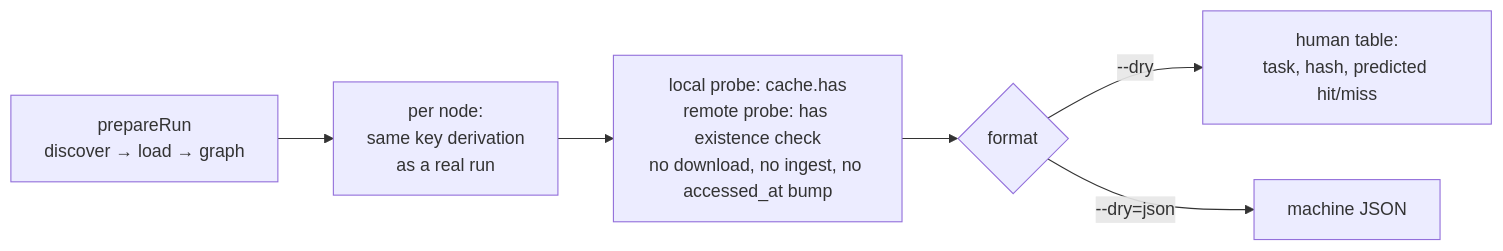
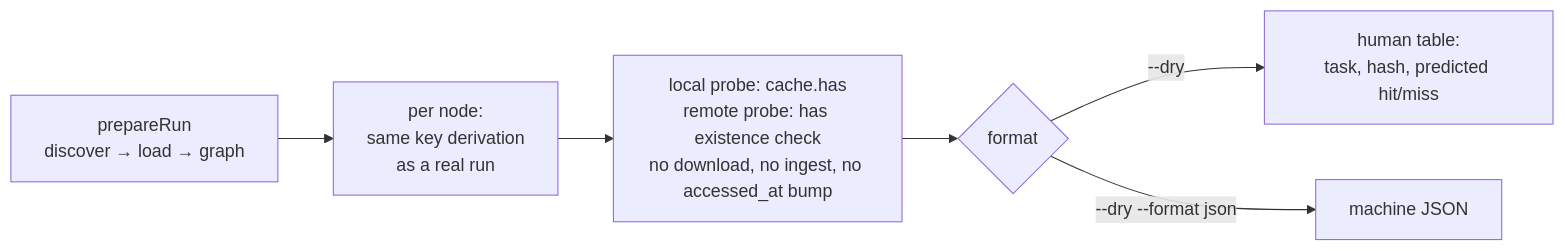
One commit to vznjs/vx changed the tenth of 10 diagrams in packages/vx/docs/flows.md. Above: the diagram before and after it, drawn with Mermaid. The commit also changed 95 other files, not shown here.

First line of the commit message:
feat(cli)!: plan as JSON with vx run --dry --format json

````diff
--- a/packages/vx/docs/flows.md
+++ b/packages/vx/docs/flows.md
@@ -307,8 +307,8 @@
 ```mermaid
 flowchart LR
     A[prepareRun<br/>discover → load → graph] --> B[per node:<br/>same key derivation<br/>as a real run]
     B --> C[local probe: cache.has<br/>remote probe: has existence check<br/>no download, no ingest, no accessed_at bump]
     C --> D{format}
     D -->|--dry| E[human table:<br/>task, hash, predicted hit/miss]
-    D -->|--dry=json| F[machine JSON]
+    D -->|--dry --format json| F[machine JSON]
 ```
````
